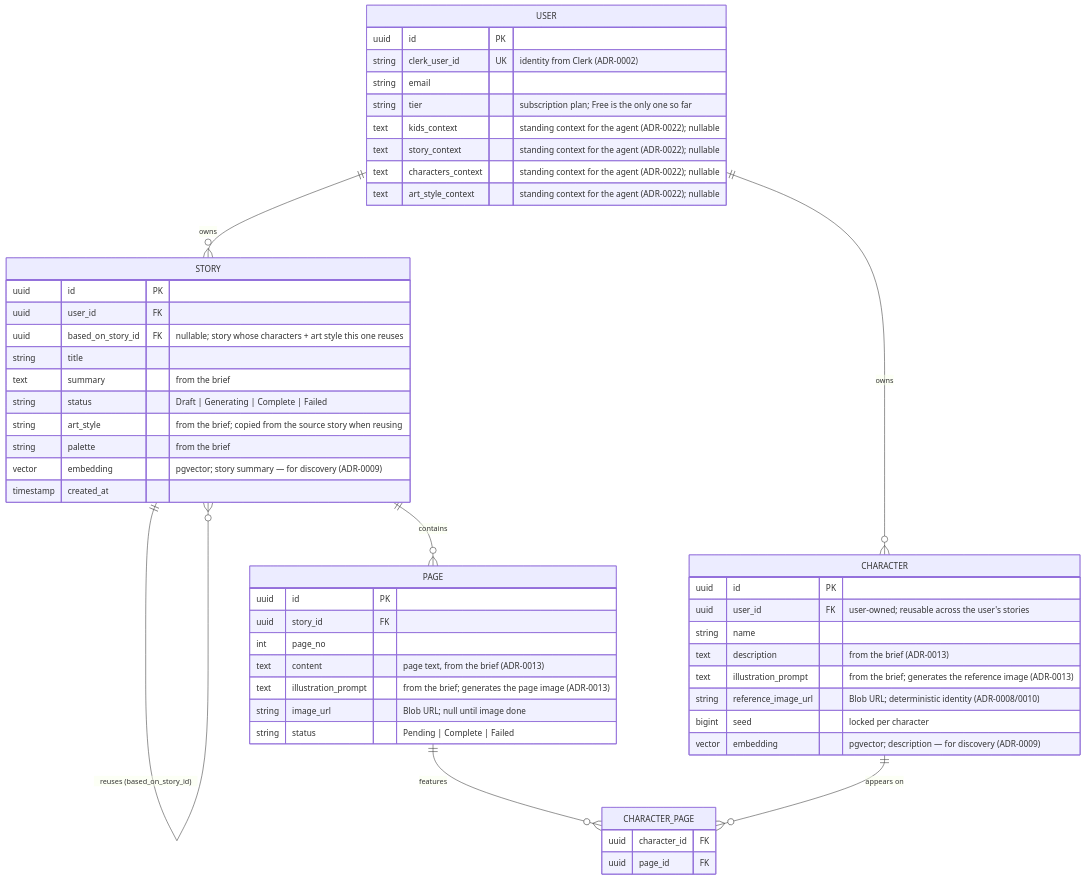
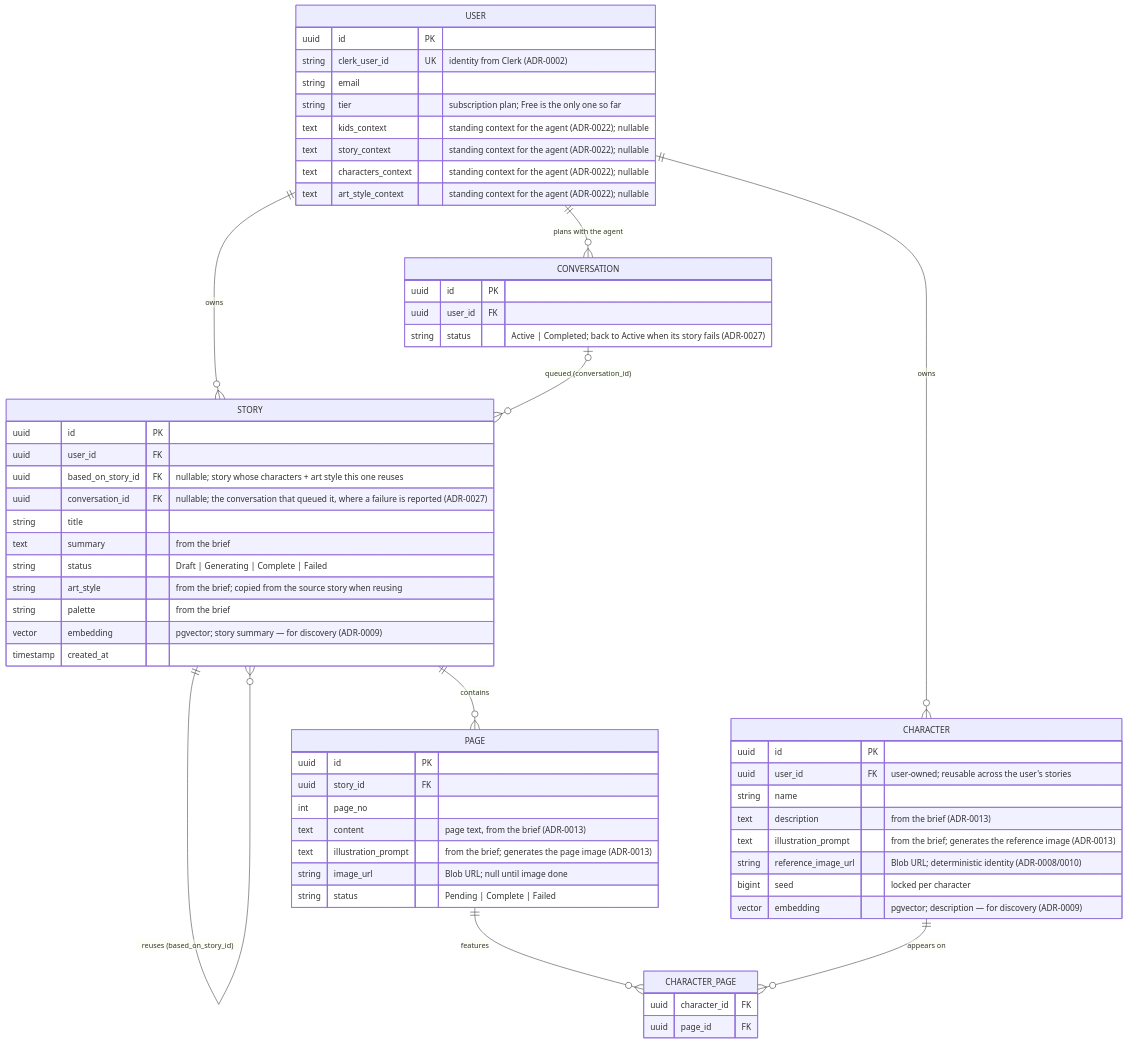
Before and after one commit to Luega/story_walker: the diagram in docs/diagrams/er-diagram.md, drawn with Mermaid. The commit also changed 1 other file, not shown here.

Commit message:
DOCS: - describe how a failed story is reported to its conversation, in the worker README and the ER diagram.
The worker README gains step 4 (ADR-0027). It lists
GenerationFailureRecorder among the services, and it now says the chat
deployment also writes the advice for a failed story. The ER diagram
gains a minimal CONVERSATION entity, and STORY.conversation_id to link
to it.

````diff
--- a/docs/diagrams/er-diagram.md
+++ b/docs/diagrams/er-diagram.md
@@ -12,59 +12,68 @@
 ```mermaid
 erDiagram
     USER      ||--o{ STORY : owns
     USER      ||--o{ CHARACTER : owns
+    USER      ||--o{ CONVERSATION : "plans with the agent"
+    CONVERSATION |o--o{ STORY : "queued (conversation_id)"
     STORY     ||--o{ STORY : "reuses (based_on_story_id)"
     STORY     ||--o{ PAGE : contains
     PAGE      ||--o{ CHARACTER_PAGE : features
     CHARACTER ||--o{ CHARACTER_PAGE : "appears on"
 
     USER {
         uuid id PK
         string clerk_user_id UK "identity from Clerk (ADR-0002)"
         string email
         string tier "subscription plan; Free is the only one so far"
         text kids_context "standing context for the agent (ADR-0022); nullable"
         text story_context "standing context for the agent (ADR-0022); nullable"
         text characters_context "standing context for the agent (ADR-0022); nullable"
         text art_style_context "standing context for the agent (ADR-0022); nullable"
     }
 
     STORY {
         uuid id PK
         uuid user_id FK
         uuid based_on_story_id FK "nullable; story whose characters + art style this one reuses"
+        uuid conversation_id FK "nullable; the conversation that queued it, where a failure is reported (ADR-0027)"
         string title
         text summary "from the brief"
         string status "Draft | Generating | Complete | Failed"
         string art_style "from the brief; copied from the source story when reusing"
         string palette "from the brief"
         vector embedding "pgvector; story summary — for discovery (ADR-0009)"
         timestamp created_at
+    }
+
+    CONVERSATION {
+        uuid id PK
+        uuid user_id FK
+        string status "Active | Completed; back to Active when its story fails (ADR-0027)"
     }
 
     CHARACTER {
         uuid id PK
         uuid user_id FK "user-owned; reusable across the user's stories"
         string name
         text description "from the brief (ADR-0013)"
         text illustration_prompt "from the brief; generates the reference image (ADR-0013)"
         string reference_image_url "Blob URL; deterministic identity (ADR-0008/0010)"
         bigint seed "locked per character"
         vector embedding "pgvector; description — for discovery (ADR-0009)"
     }
 
     PAGE {
         uuid id PK
         uuid story_id FK
         int page_no
         text content "page text, from the brief (ADR-0013)"
         text illustration_prompt "from the brief; generates the page image (ADR-0013)"
         string image_url "Blob URL; null until image done"
         string status "Pending | Complete | Failed"
     }
 
     CHARACTER_PAGE {
         uuid character_id FK
         uuid page_id FK
     }
 ```
````
